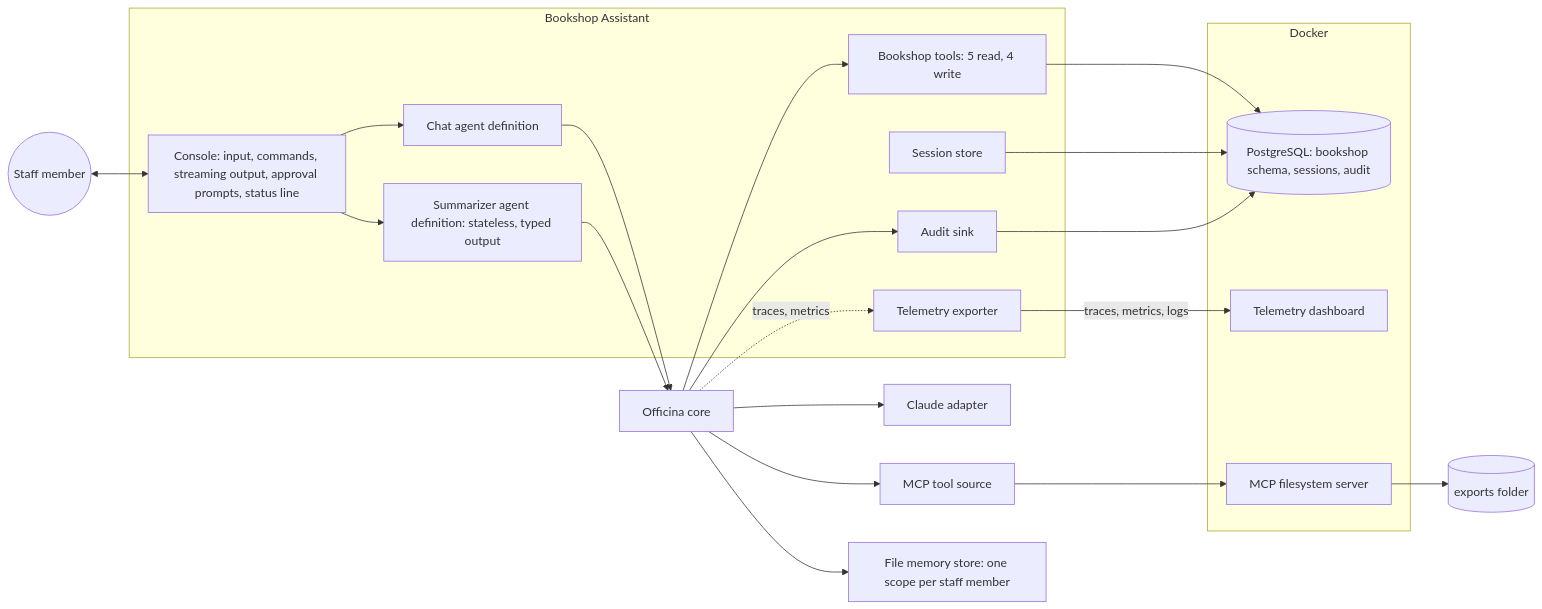
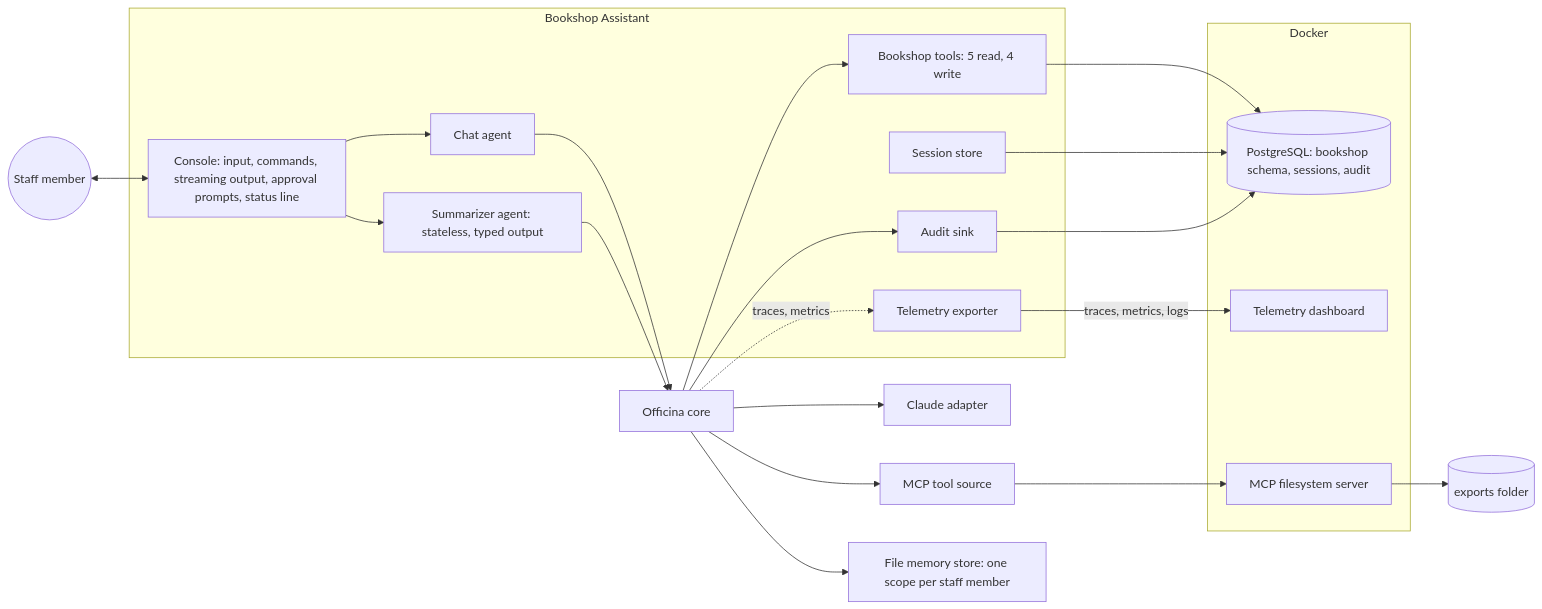
The sixth of 6 diagrams in ARCHITECTURE.md (sleepyshark85/Officina), drawn with Mermaid before and after one commit. The commit also changed other lines of this file and 41 other files, not shown here.

First line of the commit message:
Rename AgentDefinition to Agent

````diff
--- a/ARCHITECTURE.md
+++ b/ARCHITECTURE.md
@@ -407,31 +407,31 @@
 ```mermaid
 flowchart LR
     User((Staff member)) <--> Console
     subgraph App[Bookshop Assistant]
         Console[Console: input, commands, streaming output, approval prompts, status line]
-        Chat[Chat agent definition]
-        Summ[Summarizer agent definition: stateless, typed output]
+        Chat[Chat agent]
+        Summ[Summarizer agent: stateless, typed output]
         Tools[Bookshop tools: 5 read, 4 write]
         Sessions[Session store]
         AuditDb[Audit sink]
         Otel[Telemetry exporter]
     end
     Console --> Chat & Summ
     Chat --> Core[Officina core]
     Summ --> Core
     Core --> Tools & AuditDb
     Core --> Claude[Claude adapter]
     Core --> Mcp[MCP tool source]
     Core --> Mem[File memory store: one scope per staff member]
     subgraph Docker
         Pg[(PostgreSQL: bookshop schema, sessions, audit)]
         Fs[MCP filesystem server]
         Dash[Telemetry dashboard]
     end
     Tools --> Pg
     Sessions --> Pg
     AuditDb --> Pg
     Mcp --> Fs --> Exports[(exports folder)]
     Core -.->|traces, metrics| Otel
     Otel -->|traces, metrics, logs| Dash
 ```
````
